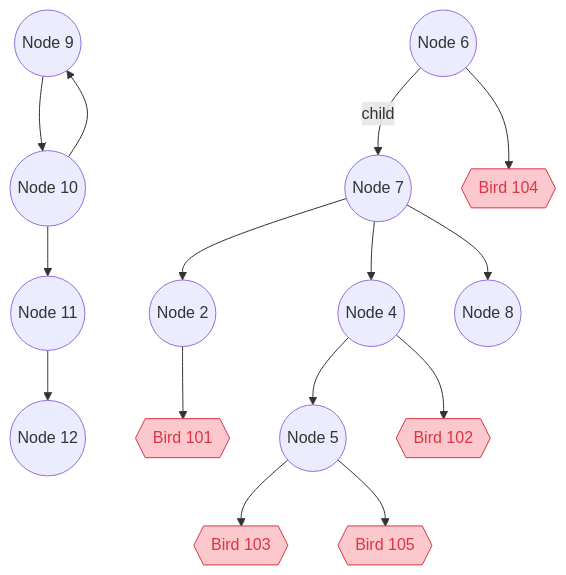
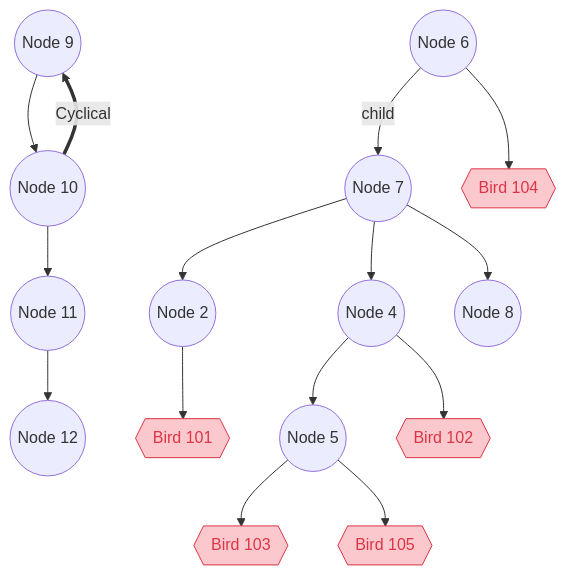
One commit to mst209/birds changed the diagram in README.md. Above: the diagram before and after it, drawn with Mermaid.

````diff
--- a/README.md
+++ b/README.md
@@ -46,21 +46,21 @@
 ```mermaid
 flowchart TD
     classDef err color:#dc3545,stroke:#dc3545,fill:#fac8cd;
     classDef ok color:#35dc89,stroke:#35dc89,fill:#e8ffed;
     A((Node 6)) -- child --> B((Node 7))
     B((Node 7)) --> C((Node 2))
     B((Node 7)) --> D((Node 4))
     B((Node 7)) --> E((Node 8))
     D((Node 4)) --> F((Node 5))
 
     G((Node 9)) --> H((Node 10))
-    H((Node 10)) --> G((Node 9))
+    H((Node 10)) == Cyclical ==> G((Node 9))
     H((Node 10)) --> I((Node 11))
     I((Node 11)) --> J((Node 12))
     
     C((Node 2)) --> Z{{Bird 101}}:::err
     D((Node 4)) --> Y{{Bird 102}}:::err
     F((Node 5)) --> X{{Bird 103}}:::err
     A((Node 6)) --> W{{Bird 104}}:::err
     F((Node 5)) --> V{{Bird 105}}:::err
 ```
````
